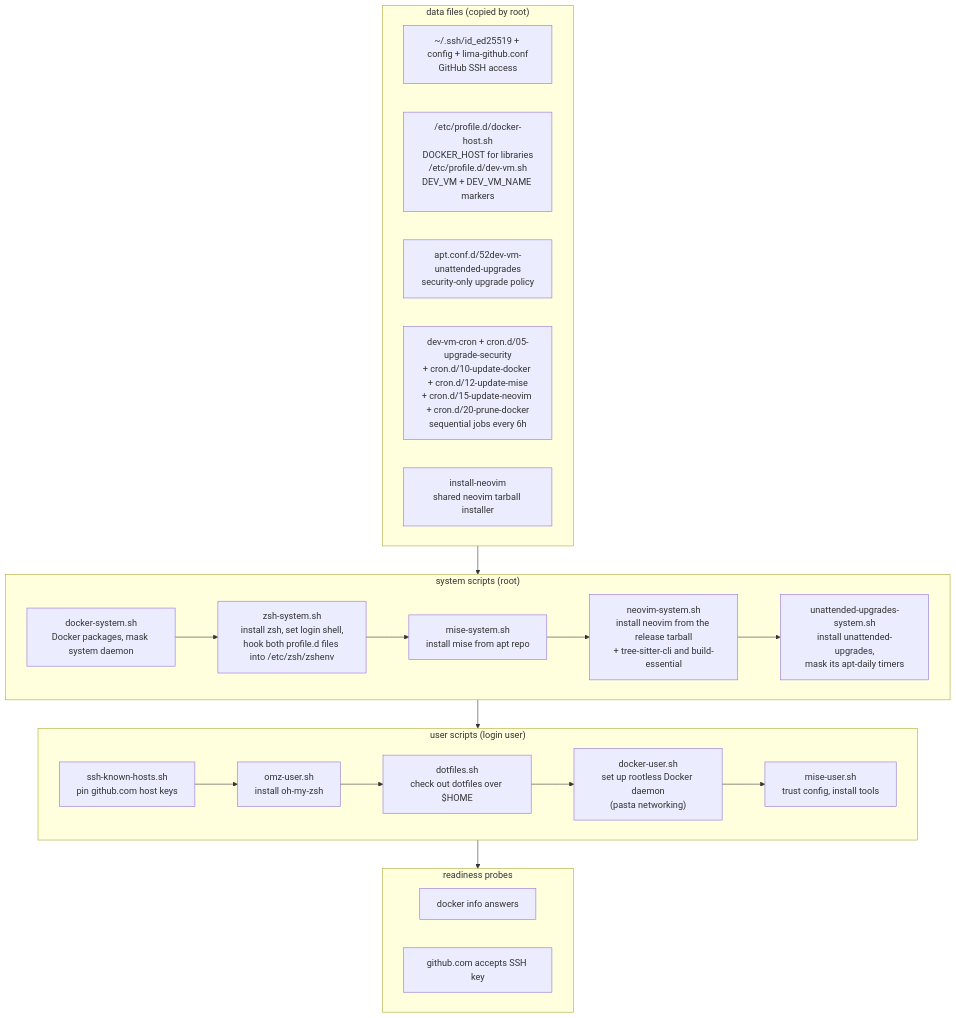
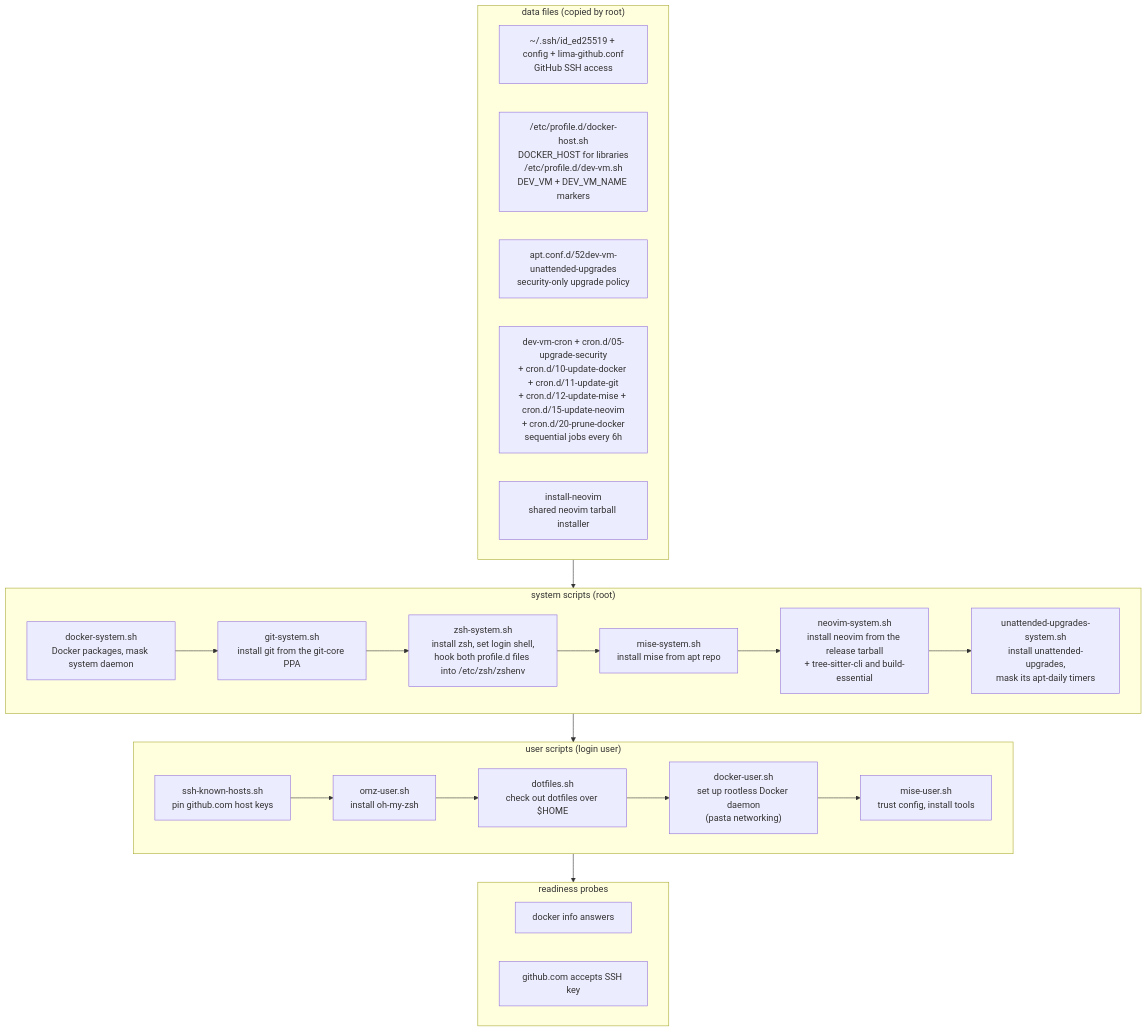
Before and after one commit to robsonpeixoto/dev-vm: the diagram in README.md, drawn with Mermaid. The commit also changed other lines of this file and 5 other files, not shown here.

First line of the commit message:
feat: install git from the git-core PPA and keep it current

````diff
--- a/README.md
+++ b/README.md
@@ -465,37 +471,38 @@
 ```mermaid
 flowchart TD
     subgraph data["data files (copied by root)"]
         d1["~/.ssh/id_ed25519 + config + lima-github.conf<br>GitHub SSH access"]
         d2["/etc/profile.d/docker-host.sh<br>DOCKER_HOST for libraries<br>/etc/profile.d/dev-vm.sh<br>DEV_VM + DEV_VM_NAME markers"]
         d3["apt.conf.d/52dev-vm-unattended-upgrades<br>security-only upgrade policy"]
-        d4["dev-vm-cron + cron.d/05-upgrade-security<br>+ cron.d/10-update-docker + cron.d/12-update-mise<br>+ cron.d/15-update-neovim + cron.d/20-prune-docker<br>sequential jobs every 6h"]
+        d4["dev-vm-cron + cron.d/05-upgrade-security<br>+ cron.d/10-update-docker + cron.d/11-update-git<br>+ cron.d/12-update-mise + cron.d/15-update-neovim<br>+ cron.d/20-prune-docker<br>sequential jobs every 6h"]
         d5["install-neovim<br>shared neovim tarball installer"]
     end
 
     subgraph system["system scripts (root)"]
         s1["docker-system.sh<br>Docker packages, mask system daemon"]
+        s1b["git-system.sh<br>install git from the git-core PPA"]
         s2["zsh-system.sh<br>install zsh, set login shell,<br>hook both profile.d files into /etc/zsh/zshenv"]
         s3["mise-system.sh<br>install mise from apt repo"]
         s4["neovim-system.sh<br>install neovim from the release tarball<br>+ tree-sitter-cli and build-essential"]
         s5["unattended-upgrades-system.sh<br>install unattended-upgrades,<br>mask its apt-daily timers"]
     end
 
     subgraph user["user scripts (login user)"]
         u1["ssh-known-hosts.sh<br>pin github.com host keys"]
         u2["omz-user.sh<br>install oh-my-zsh"]
         u3["dotfiles.sh<br>check out dotfiles over $HOME"]
         u4["docker-user.sh<br>set up rootless Docker daemon<br>(pasta networking)"]
         u5["mise-user.sh<br>trust config, install tools"]
     end
 
     subgraph probes["readiness probes"]
         p1["docker info answers"]
         p2["github.com accepts SSH key"]
     end
 
     data --> system
-    s1 --> s2 --> s3 --> s4 --> s5
+    s1 --> s1b --> s2 --> s3 --> s4 --> s5
     system --> user
     u1 --> u2 --> u3 --> u4 --> u5
     user --> probes
 ```
````
